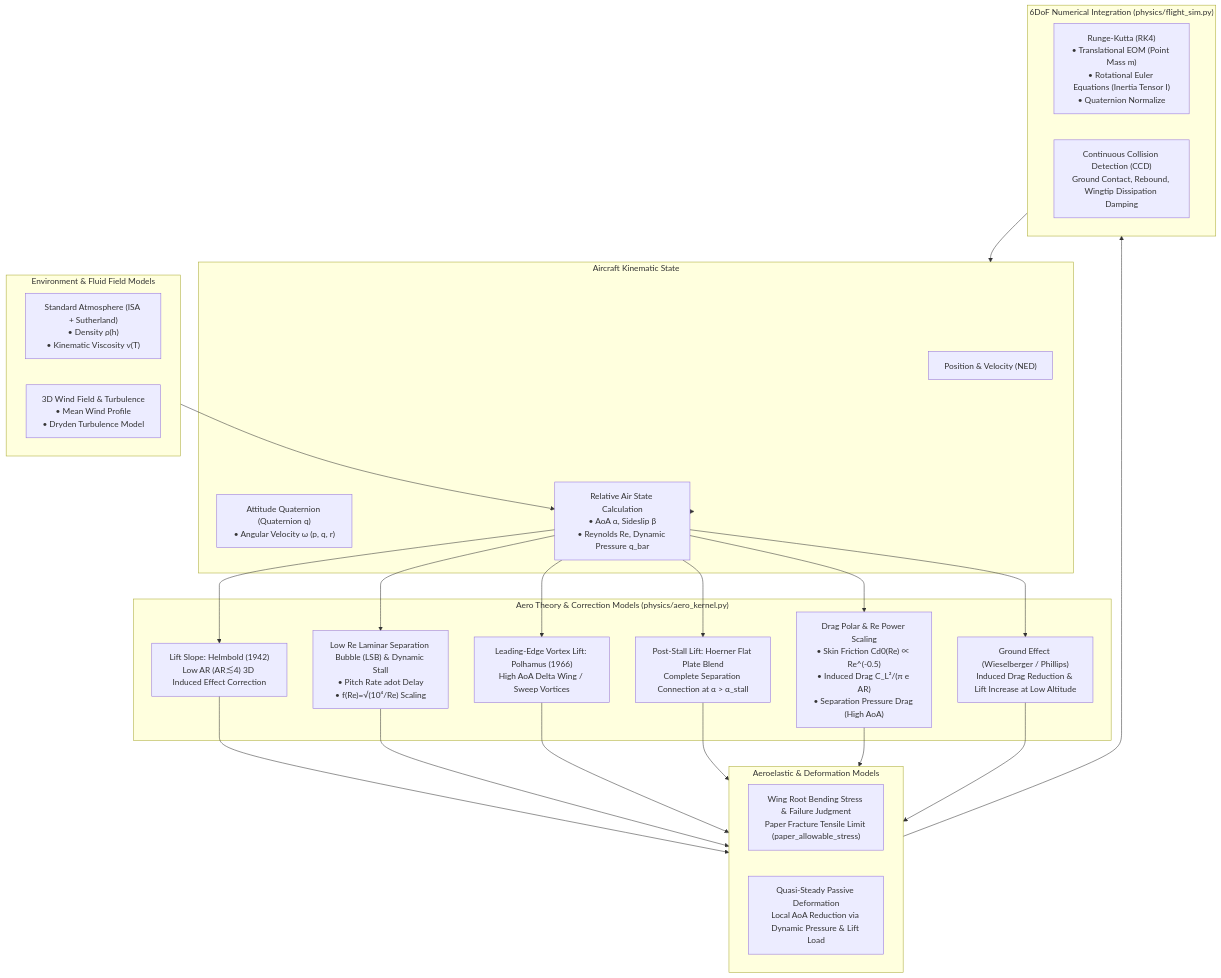
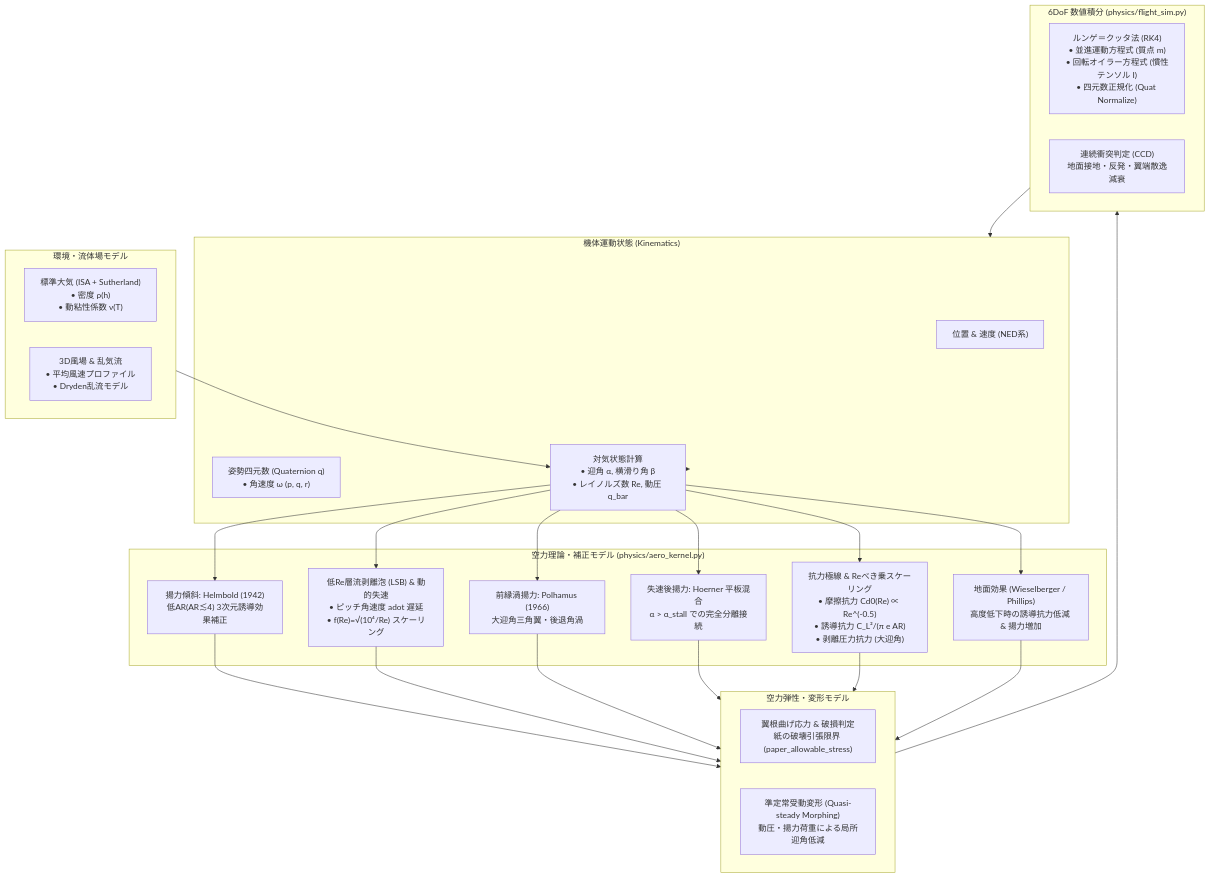
One commit to minetan1229/air_simulation changed the diagram in README.md. Above: the diagram before and after it, drawn with Mermaid. The commit also changed other lines of this file and 33 other files, not shown here.

````diff
--- a/README.md
+++ b/README.md
@@ -118,45 +124,45 @@
 ```mermaid
 flowchart TD
-    subgraph Env["Environment & Fluid Field Models"]
-        ISA["Standard Atmosphere (ISA + Sutherland)<br/>• Density ρ(h)<br/>• Kinematic Viscosity ν(T)"]
-        Wind["3D Wind Field & Turbulence<br/>• Mean Wind Profile<br/>• Dryden Turbulence Model"]
+    subgraph Env["環境・流体場モデル"]
+        ISA["標準大気 (ISA + Sutherland)<br/>• 密度 ρ(h)<br/>• 動粘性係数 ν(T)"]
+        Wind["3D風場 & 乱気流<br/>• 平均風速プロファイル<br/>• Dryden乱流モデル"]
     end
 
-    subgraph State["Aircraft Kinematic State"]
-        Pos["Position & Velocity (NED)"]
-        Att["Attitude Quaternion (Quaternion q)<br/>• Angular Velocity ω (p, q, r)"]
-        AeroAngles["Relative Air State Calculation<br/>• AoA α, Sideslip β<br/>• Reynolds Re, Dynamic Pressure q_bar"]
+    subgraph State["機体運動状態 (Kinematics)"]
+        Pos["位置 & 速度 (NED系)"]
+        Att["姿勢四元数 (Quaternion q)<br/>• 角速度 ω (p, q, r)"]
+        AeroAngles["対気状態計算<br/>• 迎角 α, 横滑り角 β<br/>• レイノルズ数 Re, 動圧 q_bar"]
     end
 
-    subgraph AeroPhysics["Aero Theory & Correction Models (physics/aero_kernel.py)"]
-        Helmbold["Lift Slope: Helmbold (1942)<br/>Low AR (AR≲4) 3D Induced Effect Correction"]
-        LSB["Low Re Laminar Separation Bubble (LSB) & Dynamic Stall<br/>• Pitch Rate adot Delay<br/>• f(Re)=√(10⁴/Re) Scaling"]
-        Polhamus["Leading-Edge Vortex Lift: Polhamus (1966)<br/>High AoA Delta Wing / Sweep Vortices"]
-        Stall["Post-Stall Lift: Hoerner Flat Plate Blend<br/>Complete Separation Connection at α > α_stall"]
-        Drag["Drag Polar & Re Power Scaling<br/>• Skin Friction Cd0(Re) ∝ Re^(-0.5)<br/>• Induced Drag C_L²/(π e AR)<br/>• Separation Pressure Drag (High AoA)"]
-        Ground["Ground Effect (Wieselberger / Phillips)<br/>Induced Drag Reduction & Lift Increase at Low Altitude"]
+    subgraph AeroPhysics["空力理論・補正モデル (physics/aero_kernel.py)"]
+        Helmbold["揚力傾斜: Helmbold (1942)<br/>低AR(AR≲4) 3次元誘導効果補正"]
+        LSB["低Re層流剥離泡 (LSB) & 動的失速<br/>• ピッチ角速度 adot 遅延<br/>• f(Re)=√(10⁴/Re) スケーリング"]
+        Polhamus["前縁渦揚力: Polhamus (1966)<br/>大迎角三角翼・後退角渦"]
+        Stall["失速後揚力: Hoerner 平板混合<br/>α > α_stall での完全分離接続"]
+        Drag["抗力極線 & Reべき乗スケーリング<br/>• 摩擦抗力 Cd0(Re) ∝ Re^(-0.5)<br/>• 誘導抗力 C_L²/(π e AR)<br/>• 剥離圧力抗力 (大迎角)"]
+        Ground["地面効果 (Wieselberger / Phillips)<br/>高度低下時の誘導抗力低減 & 揚力増加"]
     end
 
-    subgraph AeroElastic["Aeroelastic & Deformation Models"]
-        Stress["Wing Root Bending Stress & Failure Judgment<br/>Paper Fracture Tensile Limit (paper_allowable_stress)"]
-        Morph["Quasi-Steady Passive Deformation<br/>Local AoA Reduction via Dynamic Pressure & Lift Load"]
+    subgraph AeroElastic["空力弾性・変形モデル"]
+        Stress["翼根曲げ応力 & 破損判定<br/>紙の破壊引張限界 (paper_allowable_stress)"]
+        Morph["準定常受動変形 (Quasi-steady Morphing)<br/>動圧・揚力荷重による局所迎角低減"]
     end
 
-    subgraph Integration["6DoF Numerical Integration (physics/flight_sim.py)"]
-        RK4["Runge-Kutta (RK4)<br/>• Translational EOM (Point Mass m)<br/>• Rotational Euler Equations (Inertia Tensor I)<br/>• Quaternion Normalize"]
-        CCD["Continuous Collision Detection (CCD)<br/>Ground Contact, Rebound, Wingtip Dissipation Damping"]
+    subgraph Integration["6DoF 数値積分 (physics/flight_sim.py)"]
+        RK4["ルンゲ＝クッタ法 (RK4)<br/>• 並進運動方程式 (質点 m)<br/>• 回転オイラー方程式 (慣性テンソル I)<br/>• 四元数正規化 (Quat Normalize)"]
+        CCD["連続衝突判定 (CCD)<br/>地面接地・反発・翼端散逸減衰"]
     end
 
     Env --> AeroAngles
     State --> AeroAngles
     AeroAngles --> Helmbold
     AeroAngles --> LSB
     AeroAngles --> Polhamus
     AeroAngles --> Stall
     AeroAngles --> Drag
     AeroAngles --> Ground
 
     Helmbold & LSB & Polhamus & Stall & Drag & Ground --> AeroElastic
     AeroElastic --> Integration
     Integration --> State
 ```
````
